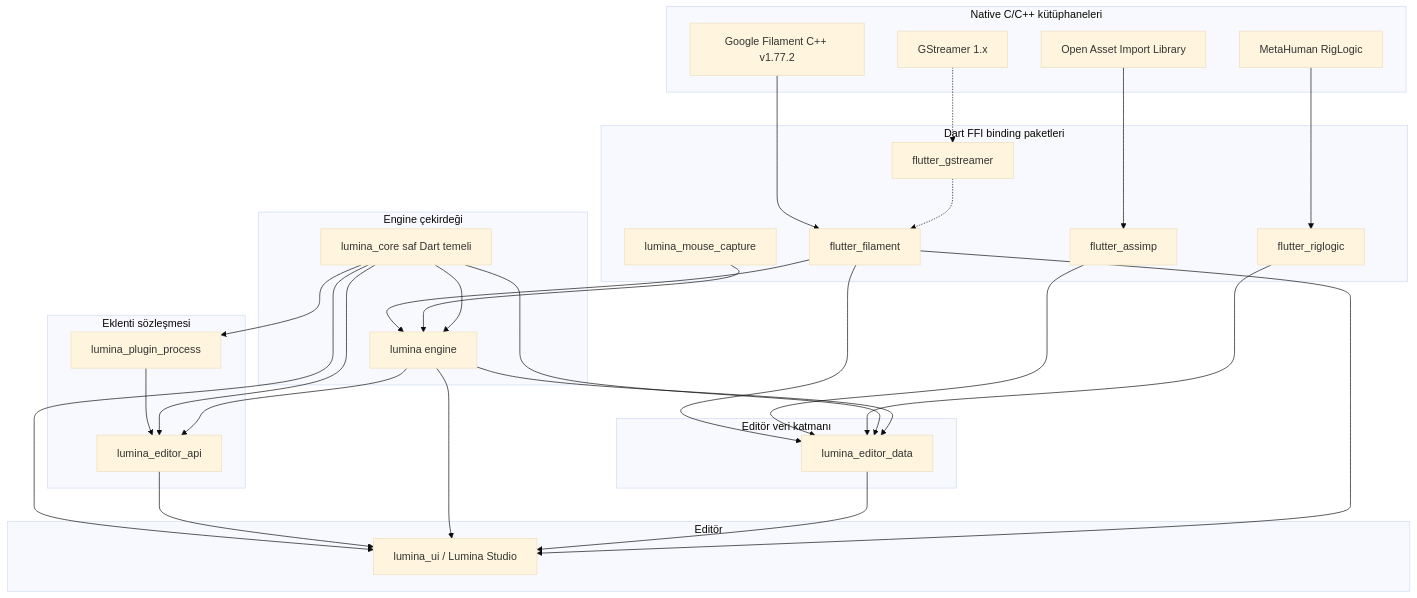
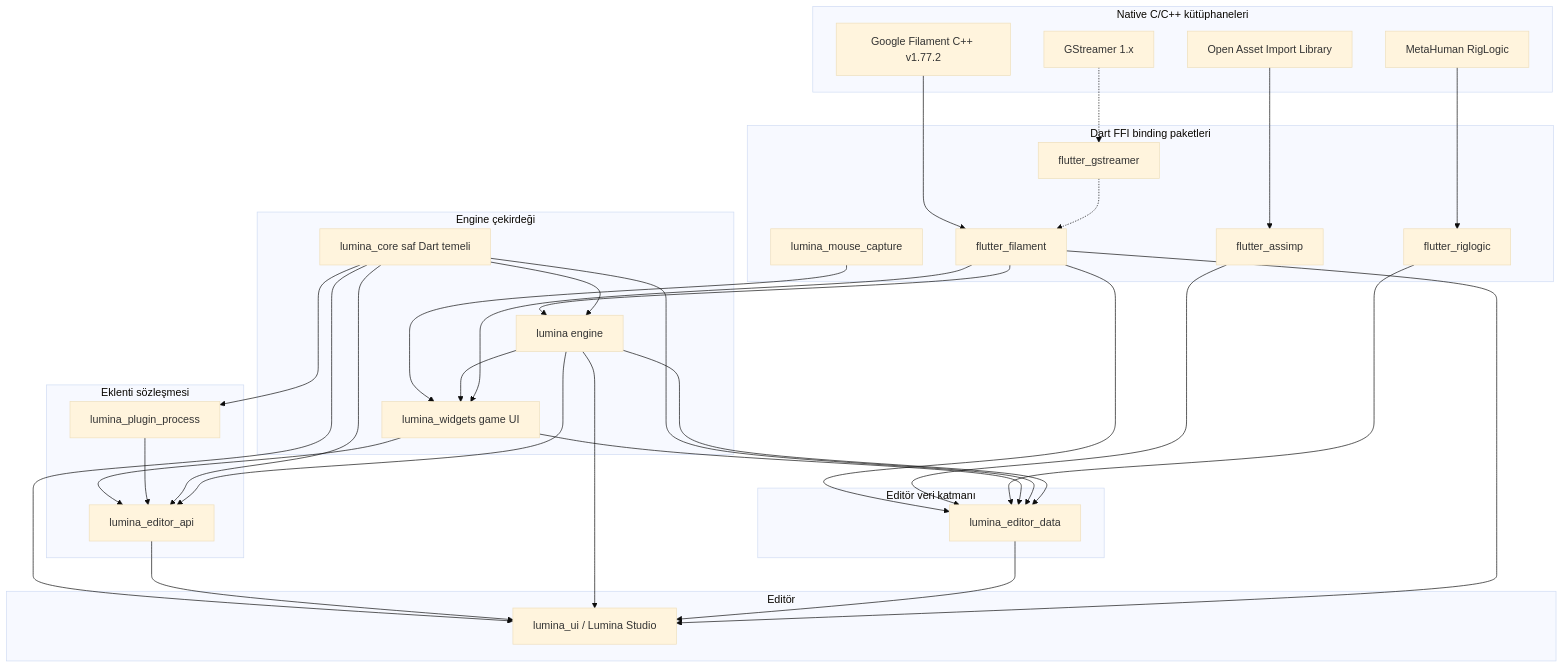
Before and after one commit to LuminaGame/lumina: the diagram in docs/tr/overview/layers.md, drawn with Mermaid (base theme). The commit also changed other lines of this file and 37 other files, not shown here.

Commit message:
docs(packages): lumina_widgets pages; the engine pages without the game UI (en, tr)

````diff
--- a/docs/tr/overview/layers.md
+++ b/docs/tr/overview/layers.md
@@ -11,61 +11,66 @@
 ```mermaid
 graph TD
     subgraph C_Level [Native C/C++ kütüphaneleri]
         FilamentCPP[Google Filament C++ v1.77.2]
         AssimpCPP[Open Asset Import Library]
         RigLogicCPP[MetaHuman RigLogic]
         GStreamerC[GStreamer 1.x]
     end
 
     subgraph FFI_Level [Dart FFI binding paketleri]
         FlutterFilament[flutter_filament]
         FlutterAssimp[flutter_assimp]
         FlutterRiglogic[flutter_riglogic]
         FlutterGStreamer[flutter_gstreamer]
         MouseCapture[lumina_mouse_capture]
     end
 
     subgraph Core_Level [Engine çekirdeği]
         PureCore[lumina_core saf Dart temeli]
         LuminaCore[lumina engine]
+        LuminaWidgets[lumina_widgets game UI]
     end
 
     subgraph Data_Level [Editör veri katmanı]
         LuminaData[lumina_editor_data]
     end
 
     subgraph Plugin_Level [Eklenti sözleşmesi]
         PluginProcess[lumina_plugin_process]
         EditorAPI[lumina_editor_api]
     end
 
     subgraph Studio_Level [Editör]
         LuminaUI[lumina_ui / Lumina Studio]
     end
 
     FilamentCPP --> FlutterFilament
     AssimpCPP --> FlutterAssimp
     RigLogicCPP --> FlutterRiglogic
     GStreamerC -.-> FlutterGStreamer
 
     FlutterFilament --> LuminaCore
     FlutterFilament --> LuminaData
     FlutterAssimp --> LuminaData
     FlutterRiglogic --> LuminaData
-    MouseCapture --> LuminaCore
+    MouseCapture --> LuminaWidgets
+    LuminaCore --> LuminaWidgets
+    FlutterFilament --> LuminaWidgets
+    LuminaWidgets --> LuminaData
+    LuminaWidgets --> EditorAPI
     FlutterGStreamer -.-> FlutterFilament
 
     PureCore --> LuminaCore
     PureCore --> LuminaData
     PureCore --> PluginProcess
     PluginProcess --> EditorAPI
     PureCore --> EditorAPI
     PureCore --> LuminaUI
     LuminaCore --> LuminaData
     LuminaCore --> EditorAPI
 
     EditorAPI --> LuminaUI
     LuminaCore --> LuminaUI
     LuminaData --> LuminaUI
     FlutterFilament --> LuminaUI
 ```
````
